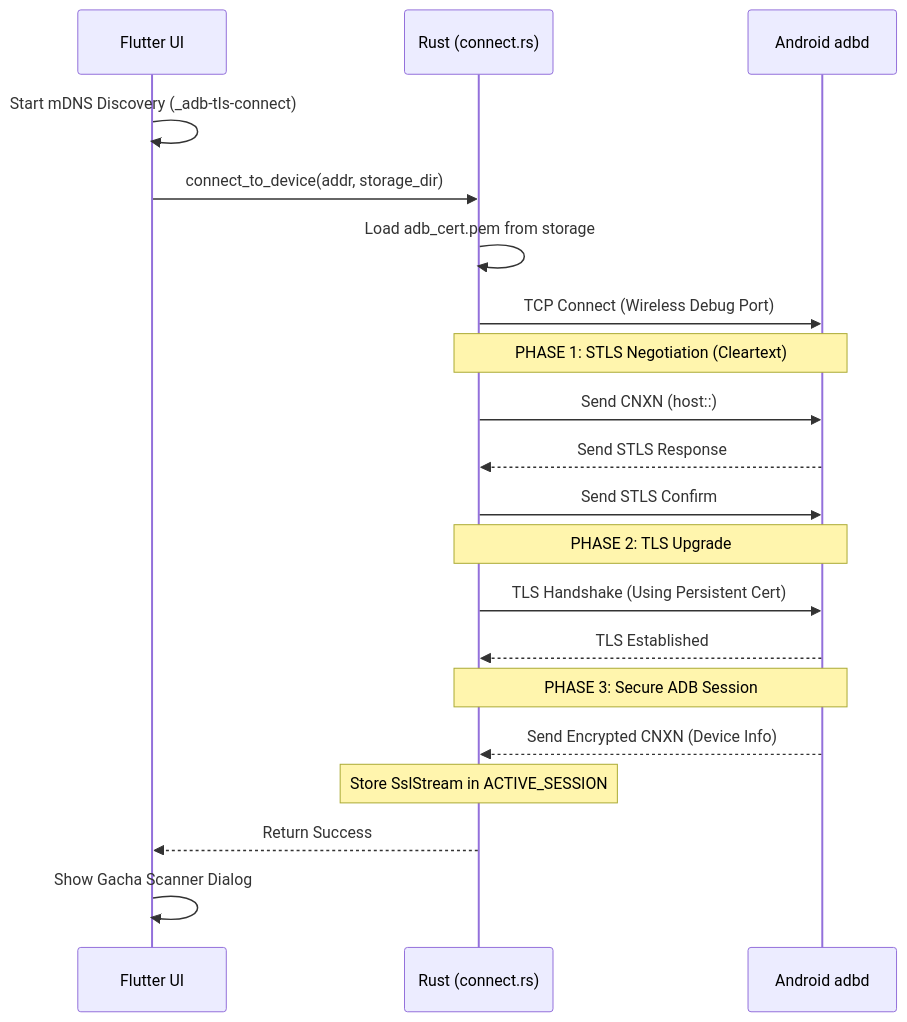
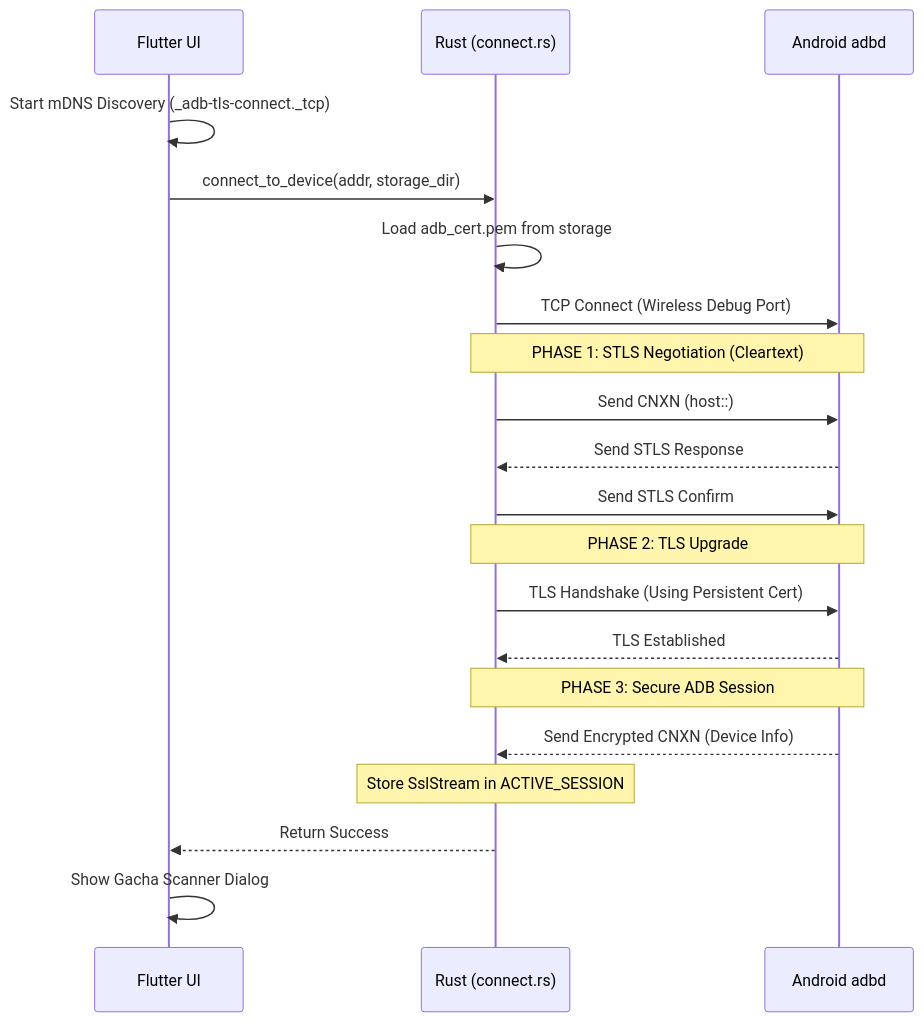
One commit to eLgorythm/Stellar changed the second of 2 diagrams in Flow.md. Above: the diagram before and after it, drawn with Mermaid. The commit also changed other lines of this file and 1 other file, not shown here.

````diff
--- a/Flow.md
+++ b/Flow.md
@@ -45,28 +46,28 @@
 ```mermaid
 sequenceDiagram
     participant F as Flutter UI
     participant R as Rust (connect.rs)
     participant A as Android adbd
 
-    F->>F: Start mDNS Discovery (_adb-tls-connect)
+    F->>F: Start mDNS Discovery (_adb-tls-connect._tcp)
     F->>R: connect_to_device(addr, storage_dir)
     
     R->>R: Load adb_cert.pem from storage
     R->>A: TCP Connect (Wireless Debug Port)
     
     Note over R,A: PHASE 1: STLS Negotiation (Cleartext)
     R->>A: Send CNXN (host::)
     A-->>R: Send STLS Response
     R->>A: Send STLS Confirm
     
     Note over R,A: PHASE 2: TLS Upgrade
     R->>A: TLS Handshake (Using Persistent Cert)
     A-->>R: TLS Established
     
     Note over R,A: PHASE 3: Secure ADB Session
     A-->>R: Send Encrypted CNXN (Device Info)
     
     Note over R: Store SslStream in ACTIVE_SESSION
     R-->>F: Return Success
     F->>F: Show Gacha Scanner Dialog
 ```
````
